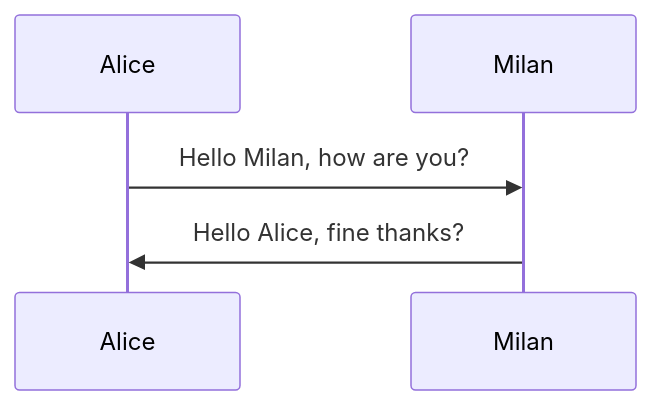
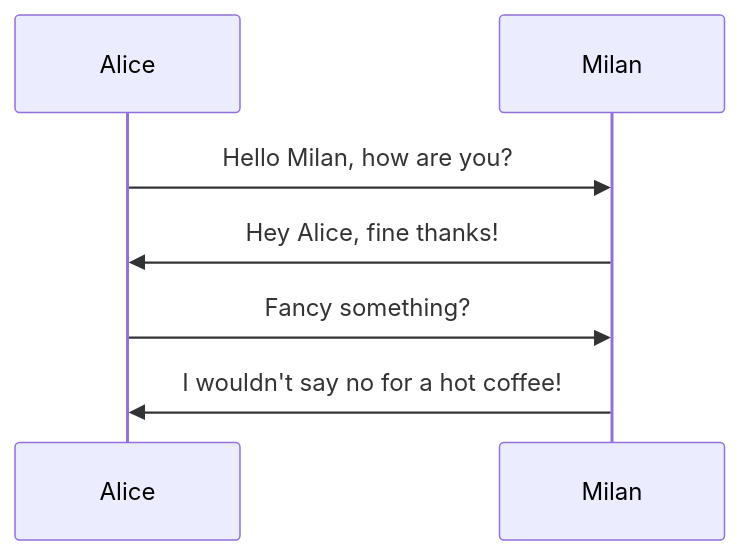
The second of 3 diagrams in README.md (MilanNemet/TeamWork), drawn with Mermaid before and after one commit. The commit also changed other lines of this file, not shown here.

````diff
--- a/README.md
+++ b/README.md
@@ -9,7 +10,9 @@
 ```mermaid
   sequenceDiagram;
       participant A as Alice
       participant M as Milan
       A->>M: Hello Milan, how are you?
-      M->>A: Hello Alice, fine thanks?
+      M->>A: Hey Alice, fine thanks!
+      A->>M: Fancy something?
+      M->>A: I wouldn't say no for a hot coffee!
 ```
````
